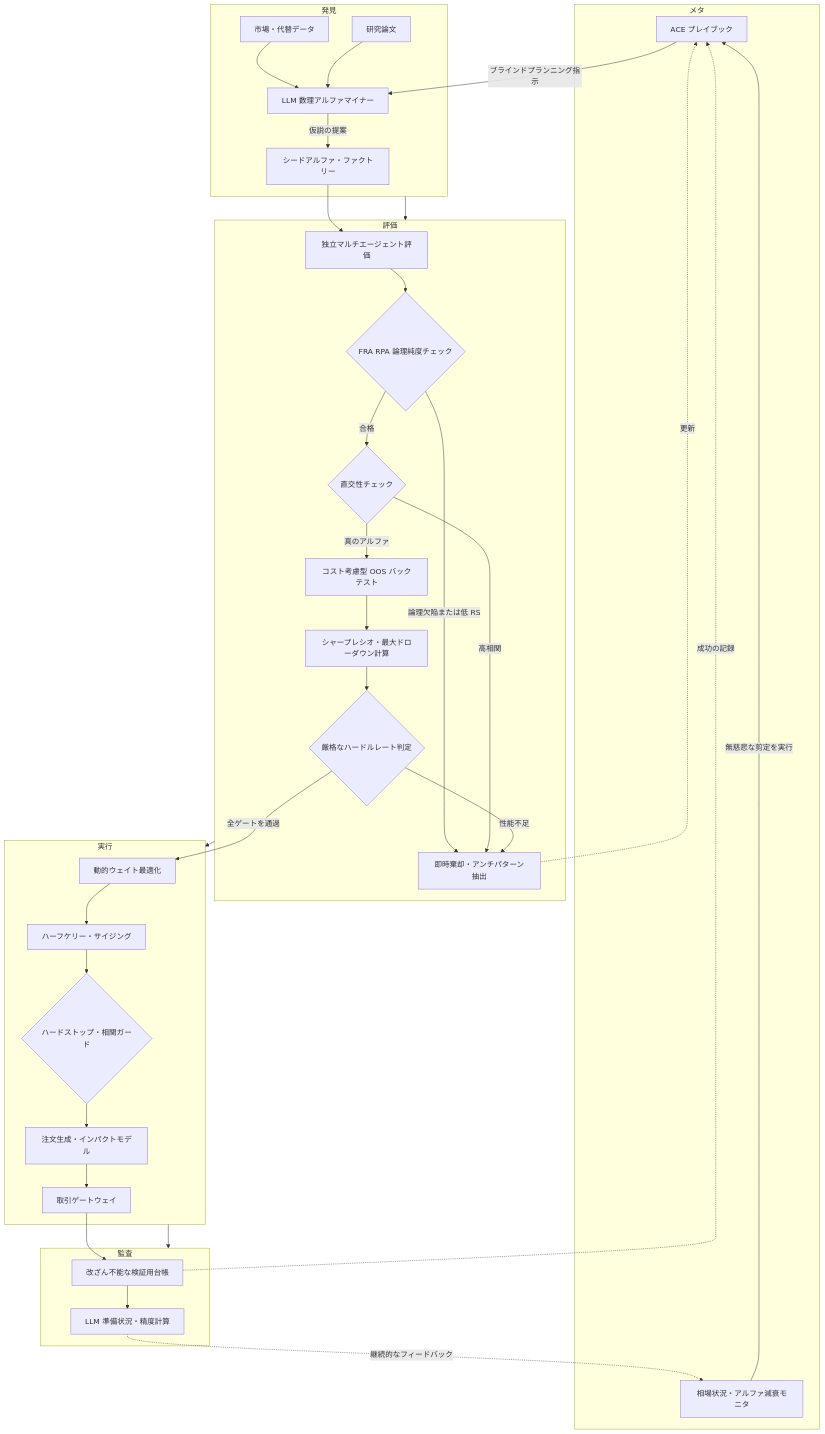
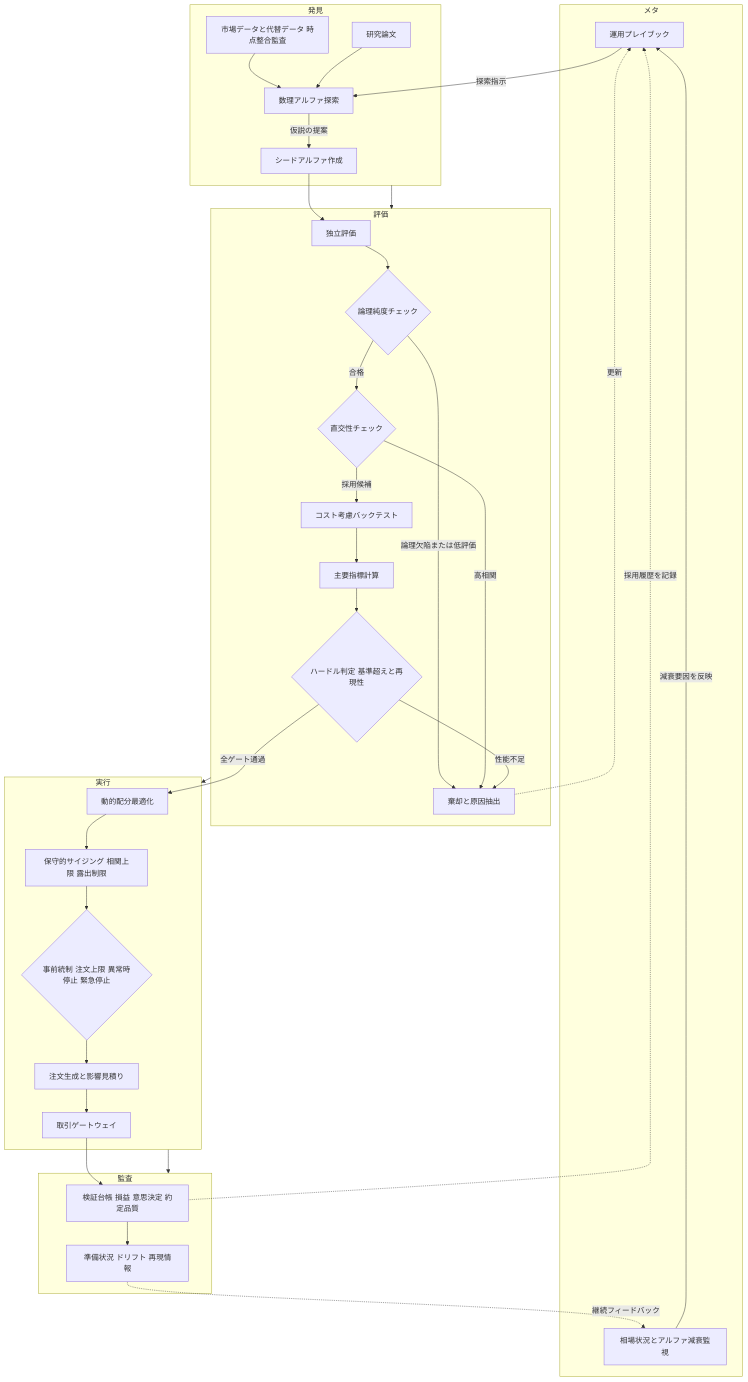
The diagram in docs/diagrams/simpleflowchart.md (KAFKA2306/investor), drawn with Mermaid before and after one commit. The commit also changed 12 other files, not shown here.

````diff
--- a/docs/diagrams/simpleflowchart.md
+++ b/docs/diagrams/simpleflowchart.md
@@ -3,52 +3,52 @@
 ```mermaid
 flowchart TD
     subgraph メタ
-        ACEPlaybook["ACE プレイブック"]
-        Monitor["相場状況・アルファ減衰モニタ"]
-        Monitor --> |無慈悲な剪定を実行| ACEPlaybook
+        運用帳["運用プレイブック"]
+        監視["相場状況とアルファ減衰監視"]
+        監視 --> |減衰要因を反映| 運用帳
     end
 
     subgraph 発見
-        MarketData["市場・代替データ"] --> Miner["LLM 数理アルファマイナー"]
-        ArXiv["研究論文"] --> Miner
-        Miner --> |仮説の提案| SAF["シードアルファ・ファクトリー"]
-        ACEPlaybook --> |ブラインドプランニング指示| Miner
+        市場資料["市場データと代替データ 時点整合監査"] --> 探索["数理アルファ探索"]
+        論文["研究論文"] --> 探索
+        探索 --> |仮説の提案| 種作成["シードアルファ作成"]
+        運用帳 --> |探索指示| 探索
     end
 
     subgraph 評価
-        SAF --> ISOEval["独立マルチエージェント評価"]
+        種作成 --> 独立判定["独立評価"]
         
-        ISOEval --> LogicGate{"FRA RPA 論理純度チェック"}
-        LogicGate -- "論理欠陥または低 RS" --> RejectLogic["即時棄却・アンチパターン抽出"]
+        独立判定 --> 論理判定{"論理純度チェック"}
+        論理判定 -- "論理欠陥または低評価" --> 棄却["棄却と原因抽出"]
         
-        LogicGate -- "合格" --> OrthoCheck{"直交性チェック"}
-        OrthoCheck -- "高相関" --> RejectLogic
+        論理判定 -- "合格" --> 直交判定{"直交性チェック"}
+        直交判定 -- "高相関" --> 棄却
         
-        OrthoCheck -- "真のアルファ" --> Backtest["コスト考慮型 OOS バックテスト"]
-        Backtest --> Metrics["シャープレシオ・最大ドローダウン計算"]
+        直交判定 -- "採用候補" --> 検証試験["コスト考慮バックテスト"]
+        検証試験 --> 指標["主要指標計算"]
         
-        Metrics --> HuddleGate{"厳格なハードルレート判定"}
-        HuddleGate -- "性能不足" --> RejectLogic
+        指標 --> 採用判定{"ハードル判定 基準超えと再現性"}
+        採用判定 -- "性能不足" --> 棄却
         
-        RejectLogic -.-> |更新| ACEPlaybook
+        棄却 -.-> |更新| 運用帳
     end
 
     subgraph 実行
-        HuddleGate -- "全ゲートを通過" --> DWA["動的ウェイト最適化"]
-        DWA --> Risk["ハーフケリー・サイジング"]
-        Risk --> HardStops{"ハードストップ・相関ガード"}
-        HardStops --> OrderGen["注文生成・インパクトモデル"]
-        OrderGen --> Gateway["取引ゲートウェイ"]
+        採用判定 -- "全ゲート通過" --> 配分["動的配分最適化"]
+        配分 --> 統制["保守的サイジング 相関上限 露出制限"]
+        統制 --> 停止判定{"事前統制 注文上限 異常時停止 緊急停止"}
+        停止判定 --> 発注生成["注文生成と影響見積り"]
+        発注生成 --> 発注窓口["取引ゲートウェイ"]
     end
 
     subgraph 監査
-        Gateway --> Ledger["改ざん不能な検証用台帳"]
-        Ledger --> Score["LLM 準備状況・精度計算"]
-        Score -.-> |継続的なフィードバック| Monitor
-        Ledger -.-> |成功の記録| ACEPlaybook
+        発注窓口 --> 台帳["検証台帳 損益 意思決定 約定品質"]
+        台帳 --> 評価結果["準備状況 ドリフト 再現情報"]
+        評価結果 -.-> |継続フィードバック| 監視
+        台帳 -.-> |採用履歴を記録| 運用帳
     end
 
     発見 --> 評価
     評価 --> 実行
     実行 --> 監査
 ```
````
